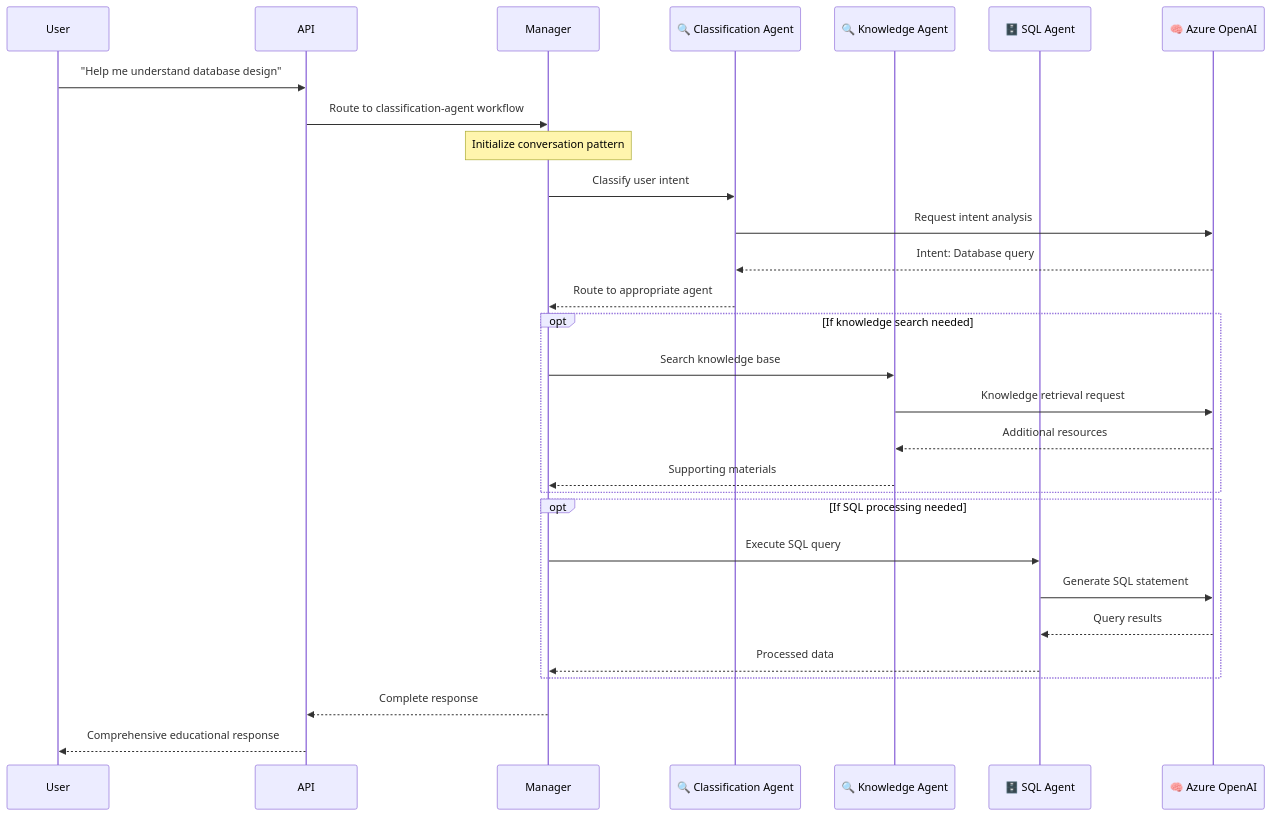
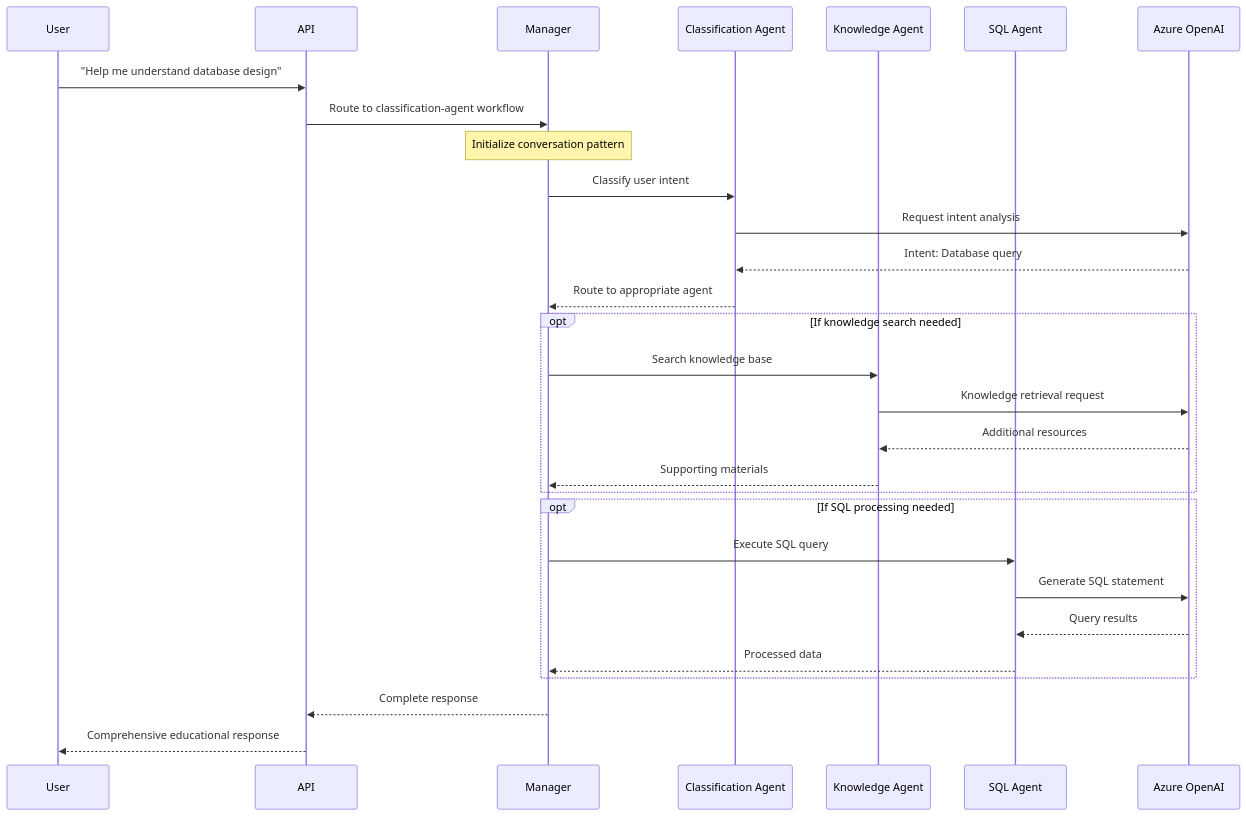
One commit to the-ingenious-dark-knight/Insight_Ingenious changed the seventh of 13 diagrams in docs/architecture/README.md. Above: the diagram before and after it, drawn with Mermaid. The commit also changed other lines of this file and 23 other files, not shown here.

````diff
--- a/docs/architecture/README.md
+++ b/docs/architecture/README.md
@@ -361,36 +361,36 @@
 ```mermaid
 sequenceDiagram
     participant User
     participant API
     participant Manager
-    participant Agent1 as 🔍 Classification Agent
-    participant Agent2 as 🔍 Knowledge Agent
-    participant Agent3 as 🗄️ SQL Agent
-    participant LLM as 🧠 Azure OpenAI
+    participant Agent1 as  Classification Agent
+    participant Agent2 as  Knowledge Agent
+    participant Agent3 as  SQL Agent
+    participant LLM as  Azure OpenAI
 
     User->>API: "Help me understand database design"
     API->>Manager: Route to classification-agent workflow
 
     Note over Manager: Initialize conversation pattern
     Manager->>Agent1: Classify user intent
     Agent1->>LLM: Request intent analysis
     LLM-->>Agent1: Intent: Database query
     Agent1-->>Manager: Route to appropriate agent
 
     opt If knowledge search needed
         Manager->>Agent2: Search knowledge base
         Agent2->>LLM: Knowledge retrieval request
         LLM-->>Agent2: Additional resources
         Agent2-->>Manager: Supporting materials
     end
 
     opt If SQL processing needed
         Manager->>Agent3: Execute SQL query
         Agent3->>LLM: Generate SQL statement
         LLM-->>Agent3: Query results
         Agent3-->>Manager: Processed data
     end
 
     Manager-->>API: Complete response
     API-->>User: Comprehensive educational response
 ```
````
